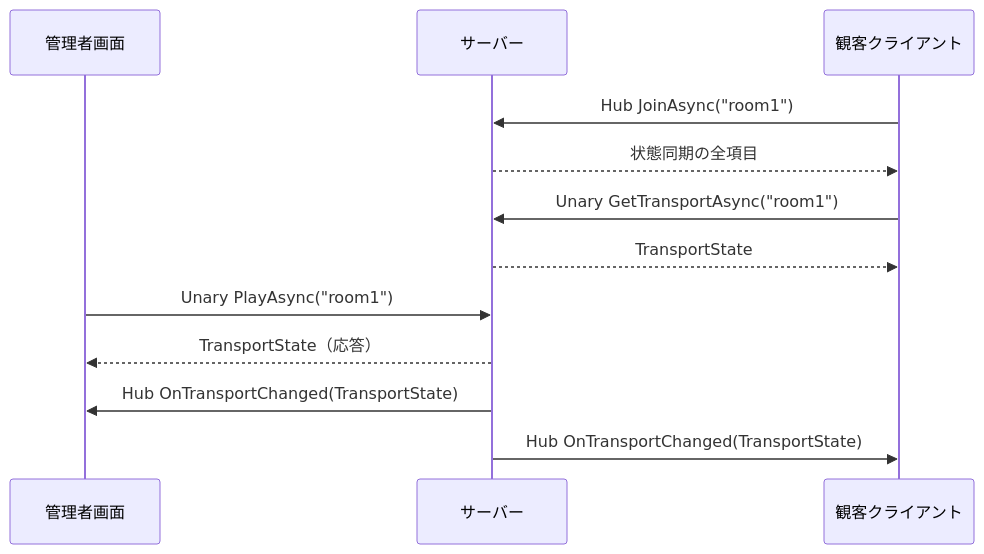
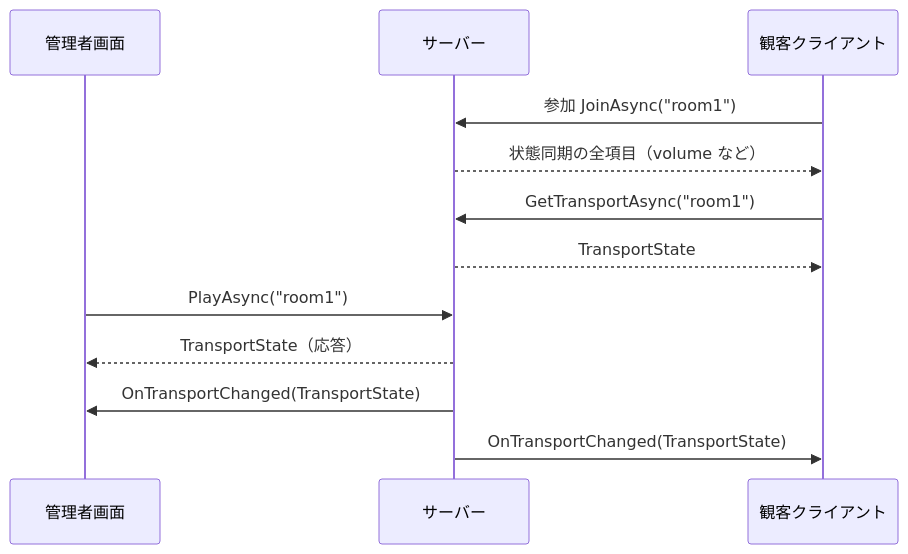
One commit to MC-Shiva/Livisor.Client changed the diagram in Docs/server-communication.md. Above: the diagram before and after it, drawn with Mermaid. The commit also changed other lines of this file, not shown here.

````diff
--- a/Docs/server-communication.md
+++ b/Docs/server-communication.md
@@ -25,14 +36,14 @@
 ```mermaid
 sequenceDiagram
     participant A as 管理者画面
     participant S as サーバー
     participant C as 観客クライアント
-    C->>S: Hub JoinAsync("room1")
-    S-->>C: 状態同期の全項目
-    C->>S: Unary GetTransportAsync("room1")
+    C->>S: 参加 JoinAsync("room1")
+    S-->>C: 状態同期の全項目（volume など）
+    C->>S: GetTransportAsync("room1")
     S-->>C: TransportState
-    A->>S: Unary PlayAsync("room1")
+    A->>S: PlayAsync("room1")
     S-->>A: TransportState（応答）
-    S->>A: Hub OnTransportChanged(TransportState)
-    S->>C: Hub OnTransportChanged(TransportState)
+    S->>A: OnTransportChanged(TransportState)
+    S->>C: OnTransportChanged(TransportState)
 ```
````
